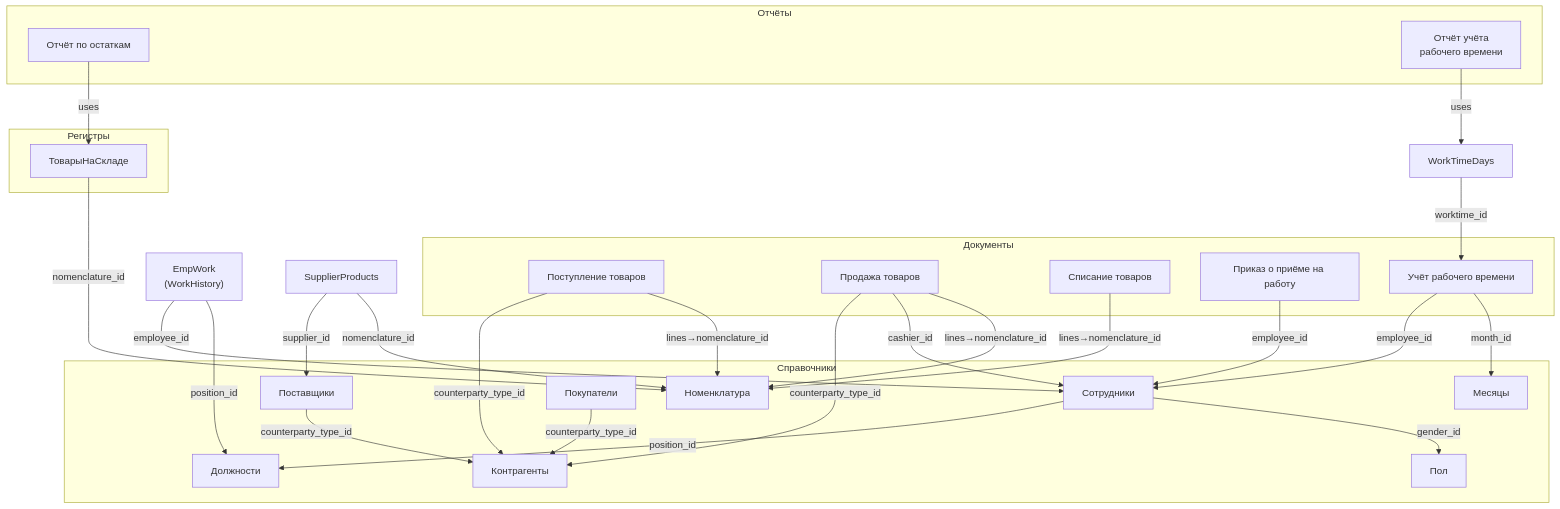
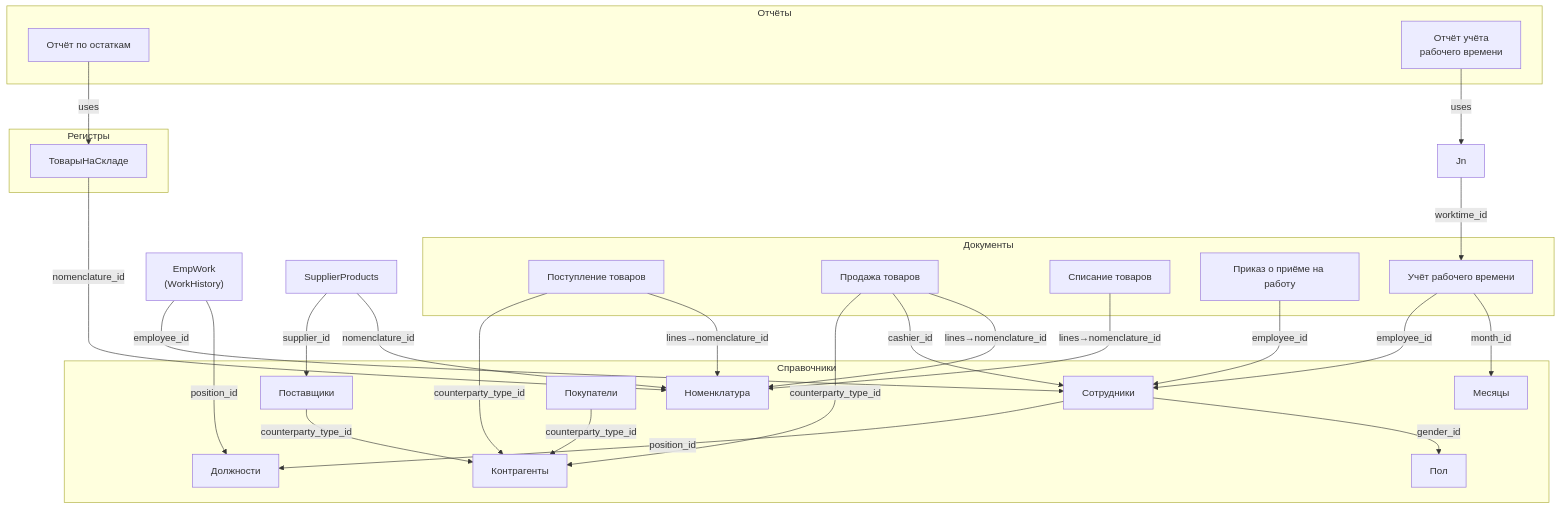
The diagram in all/Untitled.md (LAVEREXE/iodraw-files), drawn with Mermaid before and after one commit.

Commit message:
2025-04-29 19:23:23 update

````diff
--- a/all/Untitled.md
+++ b/all/Untitled.md
@@ -1,68 +1,68 @@
 ```mermaid
 graph TD
   %% Подграфы для группировки
   subgraph Справочники
     Emp["Сотрудники"]
     Nom["Номенклатура"]
     Sup["Поставщики"]
     Buy["Покупатели"]
     Pos["Должности"]
     Gen["Пол"]
     Ctp["Контрагенты"]
     Mon["Месяцы"]
   end
 
   subgraph Документы
     GR["Поступление товаров"]
     GS["Продажа товаров"]
     GW["Списание товаров"]
     HO["Приказ о приёме на работу"]
     WT["Учёт рабочего времени"]
   end
 
   subgraph Регистры
     WP["ТоварыНаСкладе"]
   end
 
   subgraph Отчёты
     SR["Отчёт по остаткам"]
     WTR["Отчёт учёта\nрабочего времени"]
   end
 
   %% Связи внутри справочников
   Emp -->|position_id| Pos
   Emp -->|gender_id| Gen
   EmpWork["EmpWork\n(WorkHistory)"] -->|employee_id| Emp
   EmpWork -->|position_id| Pos
 
   SupProd["SupplierProducts"] -->|supplier_id| Sup
   SupProd -->|nomenclature_id| Nom
 
   %% Связи документов со справочниками
   GR -->|counterparty_type_id| Ctp
   GR -->|lines→nomenclature_id| Nom
 
   GS -->|counterparty_type_id| Ctp
   GS -->|cashier_id| Emp
   GS -->|lines→nomenclature_id| Nom
 
   GW -->|lines→nomenclature_id| Nom
 
   HO -->|employee_id| Emp
 
   WT -->|employee_id| Emp
   WT -->|month_id| Mon
-  WTDay["WorkTimeDays"] -->|worktime_id| WT
+  WTDay["Jn"] -->|worktime_id| WT
 
   %% Связи регистра накопления
   WP -->|nomenclature_id| Nom
 
   %% Связи отчётов
   SR -->|uses| WP
   WTR -->|uses| WTDay
 
   %% Дополнительные связи (опционально)
   Sup -->|counterparty_type_id| Ctp
   Buy -->|counterparty_type_id| Ctp
 
 ```
````
